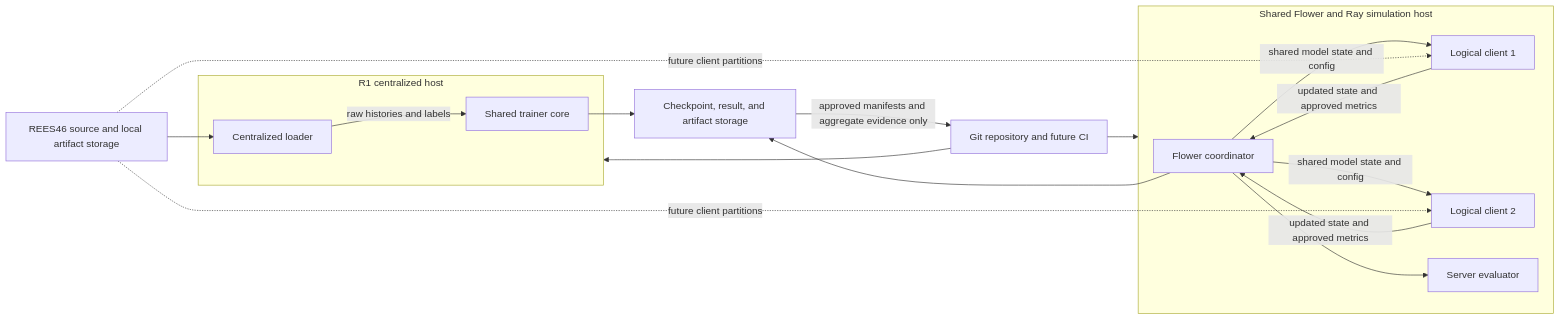
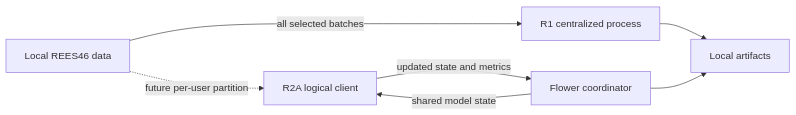
One commit to eid-abdelrihem/Privacy-Preserving-Shopping-Intelligence changed the diagram in docs/security/threat-model.md. Above: the diagram before and after it, drawn with Mermaid. The commit also changed other lines of this file, not shown here.

Commit message:
docs(security): simplify Phase 1 threat model

```diff
--- a/docs/security/threat-model.md
+++ b/docs/security/threat-model.md
@@ -47,34 +21,15 @@
 ~~~mermaid
 flowchart LR
-    DS[REES46 source and local artifact storage]
+    Data[Local REES46 data]
+    R1[R1 centralized process]
+    Client[R2A logical client]
+    Server[Flower coordinator]
+    Store[Local artifacts]
 
-    subgraph R1Zone[R1 centralized host]
-        R1Loader[Centralized loader]
-        R1Trainer[Shared trainer core]
-        R1Loader -->|raw histories and labels| R1Trainer
-    end
-
-    subgraph SimHost[Shared Flower and Ray simulation host]
-        Coord[Flower coordinator]
-        C1[Logical client 1]
-        C2[Logical client 2]
-        Eval[Server evaluator]
-        Coord -->|shared model state and config| C1
-        Coord -->|shared model state and config| C2
-        C1 -->|updated state and approved metrics| Coord
-        C2 -->|updated state and approved metrics| Coord
-        Coord --> Eval
-    end
-
-    Repo[Git repository and future CI]
-    Store[Checkpoint, result, and artifact storage]
-
-    DS --> R1Loader
-    DS -. future client partitions .-> C1
-    DS -. future client partitions .-> C2
-    R1Trainer --> Store
-    Coord --> Store
-    Repo --> R1Zone
-    Repo --> SimHost
-    Store -->|approved manifests and aggregate evidence only| Repo
+    Data -->|all selected batches| R1
+    Data -. future per-user partition .-> Client
+    Server -->|shared model state| Client
+    Client -->|updated state and metrics| Server
+    R1 --> Store
+    Server --> Store
 ~~~
```
